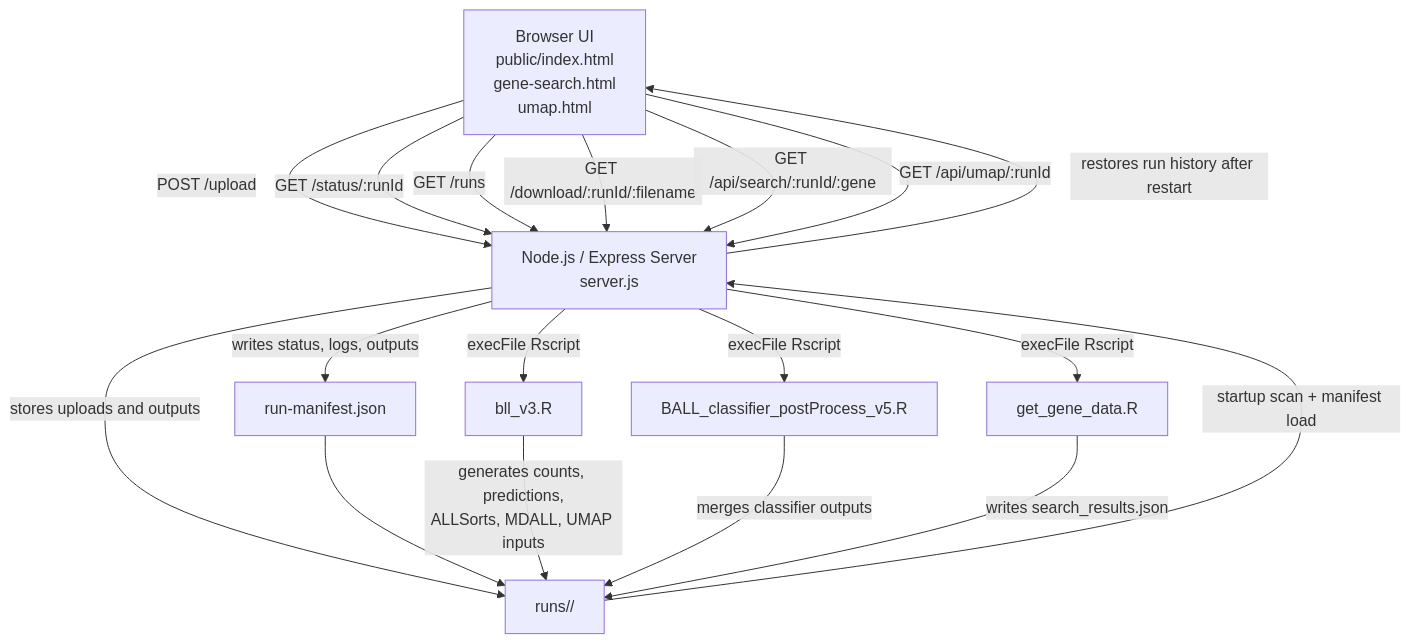
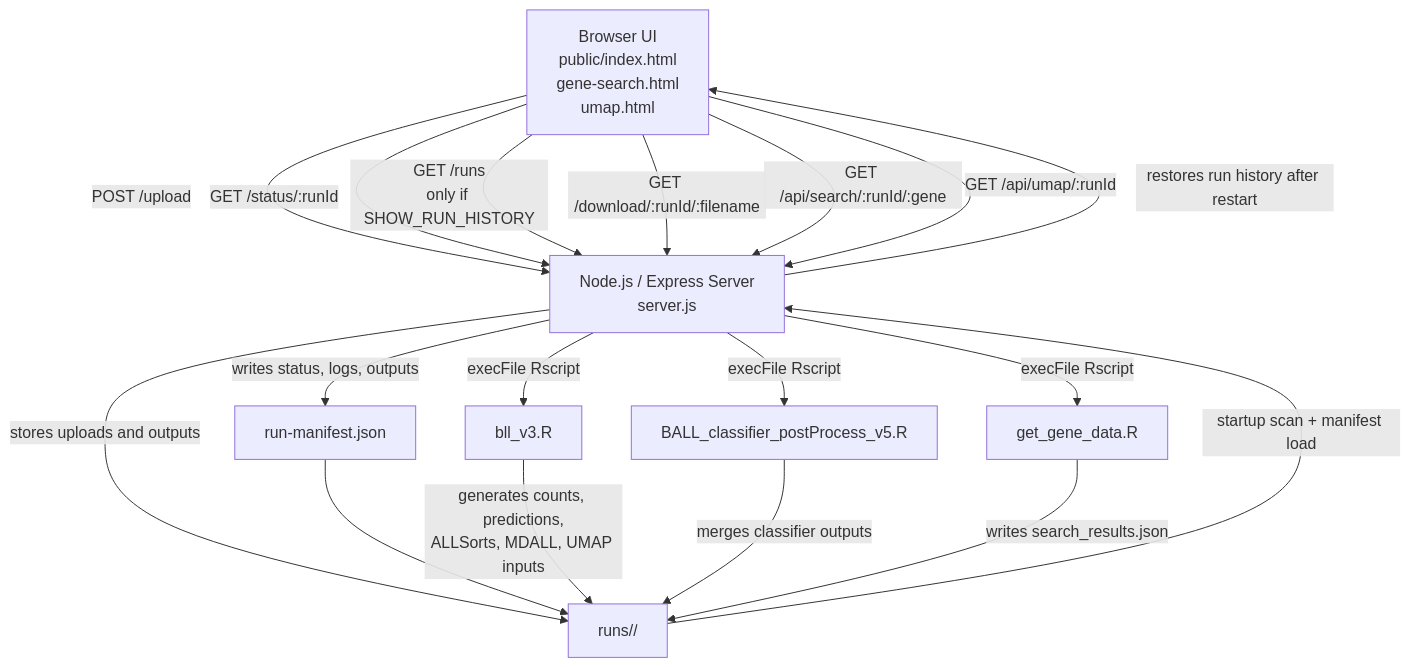
One commit to vyellapa/ball_public changed the diagram in README.md. Above: the diagram before and after it, drawn with Mermaid. The commit also changed other lines of this file and 6 other files, not shown here.

First line of the commit message:
Hide run history by default; add unauthenticated /healthz

````diff
--- a/README.md
+++ b/README.md
@@ -159,25 +159,25 @@
 ```mermaid
 flowchart TD
     U[Browser UI<br/>public/index.html<br/>gene-search.html<br/>umap.html] -->|POST /upload| S[Node.js / Express Server<br/>server.js]
     U -->|GET /status/:runId| S
-    U -->|GET /runs| S
+    U -->|GET /runs<br/>only if SHOW_RUN_HISTORY| S
     U -->|GET /download/:runId/:filename| S
     U -->|GET /api/search/:runId/:gene| S
     U -->|GET /api/umap/:runId| S
 
     S -->|stores uploads and outputs| R[runs/<run-id>/]
     S -->|writes status, logs, outputs| M[run-manifest.json]
     M --> R
 
     S -->|execFile Rscript| P1[bll_v3.R]
     P1 -->|generates counts, predictions,<br/>ALLSorts, MDALL, UMAP inputs| R
 
     S -->|execFile Rscript| P2[BALL_classifier_postProcess_v5.R]
     P2 -->|merges classifier outputs| R
 
     S -->|execFile Rscript| P3[get_gene_data.R]
     P3 -->|writes search_results.json| R
 
     R -->|startup scan + manifest load| S
     S -->|restores run history after restart| U
 ```
````
